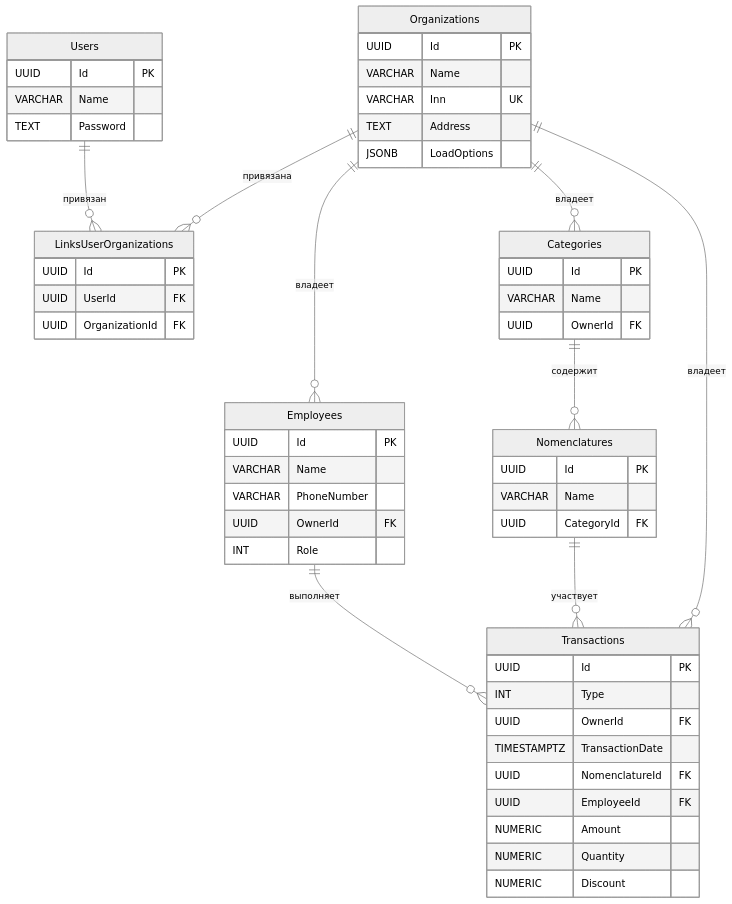
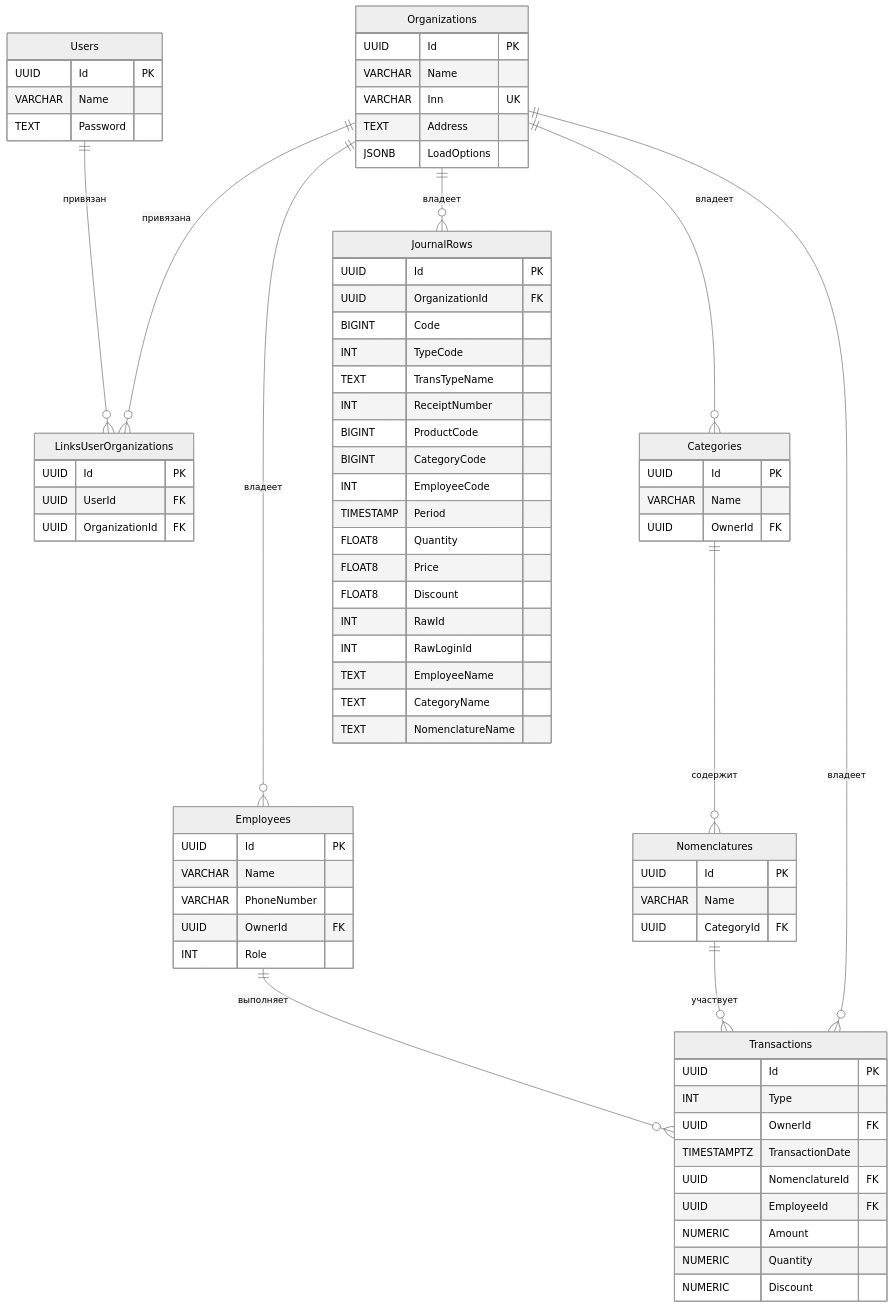
The diagram in DESCRIPTION.md (qliquiz/BusinessTracker), drawn with Mermaid (neutral theme) before and after one commit. The commit also changed other lines of this file and 24 other files, not shown here.

```diff
--- a/DESCRIPTION.md
+++ b/DESCRIPTION.md
@@ -110,10 +240,32 @@
         NUMERIC Discount
     }
 
+    JournalRows {
+        UUID Id PK
+        UUID OrganizationId FK
+        BIGINT Code
+        INT TypeCode
+        TEXT TransTypeName
+        INT ReceiptNumber
+        BIGINT ProductCode
+        BIGINT CategoryCode
+        INT EmployeeCode
+        TIMESTAMP Period
+        FLOAT8 Quantity
+        FLOAT8 Price
+        FLOAT8 Discount
+        INT RawId
+        INT RawLoginId
+        TEXT EmployeeName
+        TEXT CategoryName
+        TEXT NomenclatureName
+    }
+
     Organizations ||--o{ Categories : "владеет"
     Organizations ||--o{ Employees : "владеет"
     Organizations ||--o{ Transactions : "владеет"
     Organizations ||--o{ LinksUserOrganizations : "привязана"
+    Organizations ||--o{ JournalRows : "владеет"
     Users ||--o{ LinksUserOrganizations : "привязан"
     Categories ||--o{ Nomenclatures : "содержит"
     Nomenclatures ||--o{ Transactions : "участвует"
```
